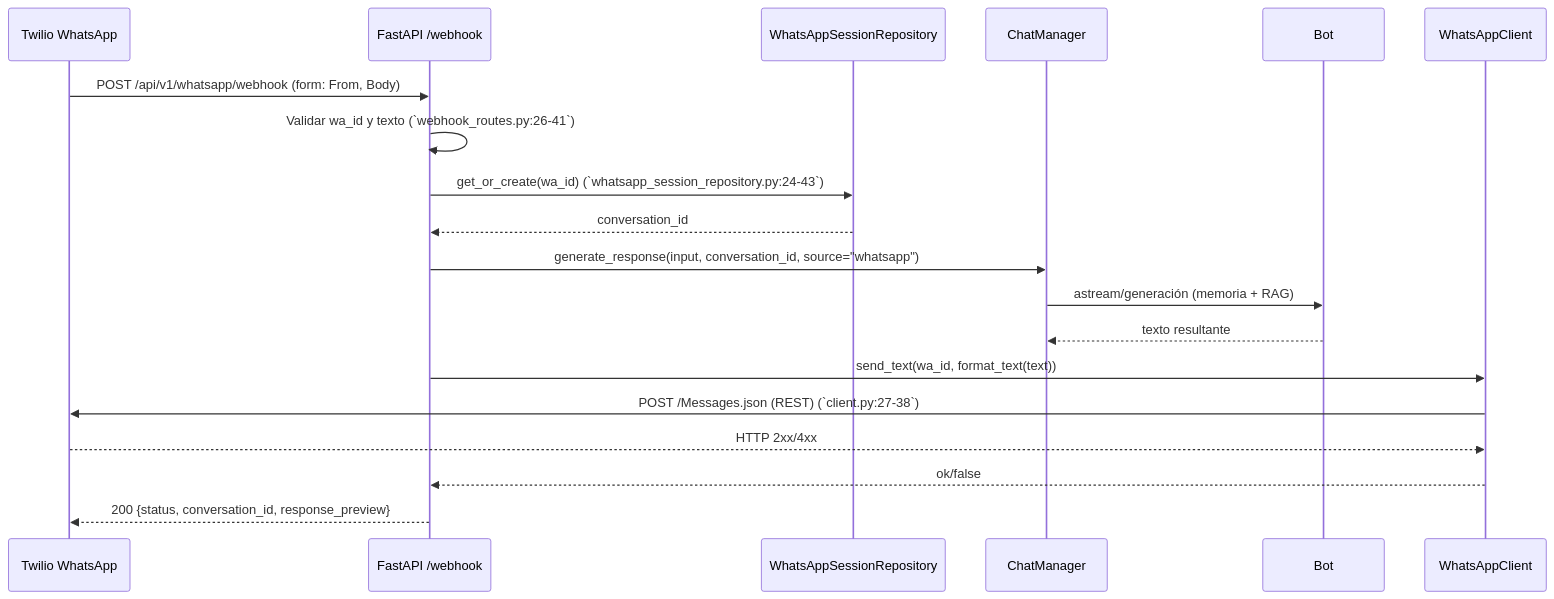
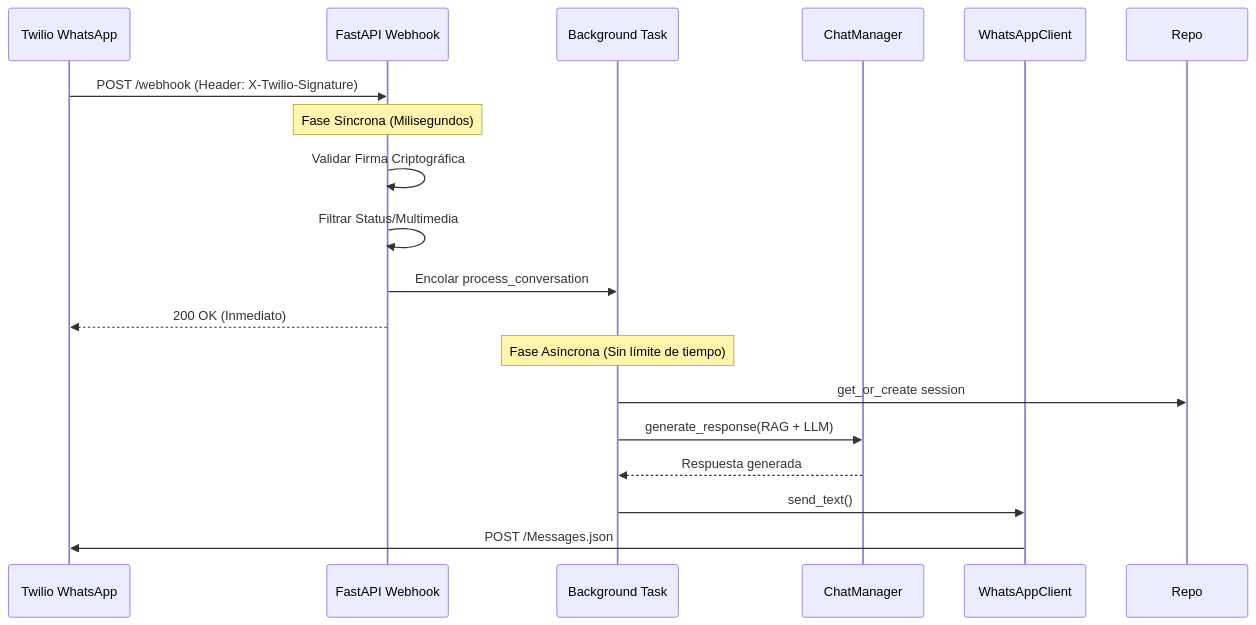
The second of 2 diagrams in backend/readmeWhatsapp.md (Jandirs08/Chatbot_Rag_final), drawn with Mermaid before and after one commit. The commit also changed other lines of this file and 1 other file, not shown here.

````diff
--- a/backend/readmeWhatsapp.md
+++ b/backend/readmeWhatsapp.md
@@ -43,22 +35,23 @@
 ```mermaid
 sequenceDiagram
     participant Twilio as Twilio WhatsApp
-    participant API as FastAPI /webhook
-    participant Repo as WhatsAppSessionRepository
+    participant API as FastAPI Webhook
+    participant Worker as Background Task
     participant Chat as ChatManager
-    participant Bot as Bot
     participant Client as WhatsAppClient
 
-    Twilio->>API: POST /api/v1/whatsapp/webhook (form: From, Body)
-    API->>API: Validar wa_id y texto (`webhook_routes.py:26-41`)
-    API->>Repo: get_or_create(wa_id) (`whatsapp_session_repository.py:24-43`)
-    Repo-->>API: conversation_id
-    API->>Chat: generate_response(input, conversation_id, source="whatsapp")
-    Chat->>Bot: astream/generación (memoria + RAG)
-    Bot-->>Chat: texto resultante
-    API->>Client: send_text(wa_id, format_text(text))
-    Client->>Twilio: POST /Messages.json (REST) (`client.py:27-38`)
-    Twilio-->>Client: HTTP 2xx/4xx
-    Client-->>API: ok/false
-    API-->>Twilio: 200 {status, conversation_id, response_preview}
+    Twilio->>API: POST /webhook (Header: X-Twilio-Signature)
+    
+    Note over API: Fase Síncrona (Milisegundos)
+    API->>API: Validar Firma Criptográfica
+    API->>API: Filtrar Status/Multimedia
+    API->>Worker: Encolar process_conversation
+    API-->>Twilio: 200 OK (Inmediato)
+
+    Note over Worker: Fase Asíncrona (Sin límite de tiempo)
+    Worker->>Repo: get_or_create session
+    Worker->>Chat: generate_response(RAG + LLM)
+    Chat-->>Worker: Respuesta generada
+    Worker->>Client: send_text()
+    Client->>Twilio: POST /Messages.json
 ```
````
